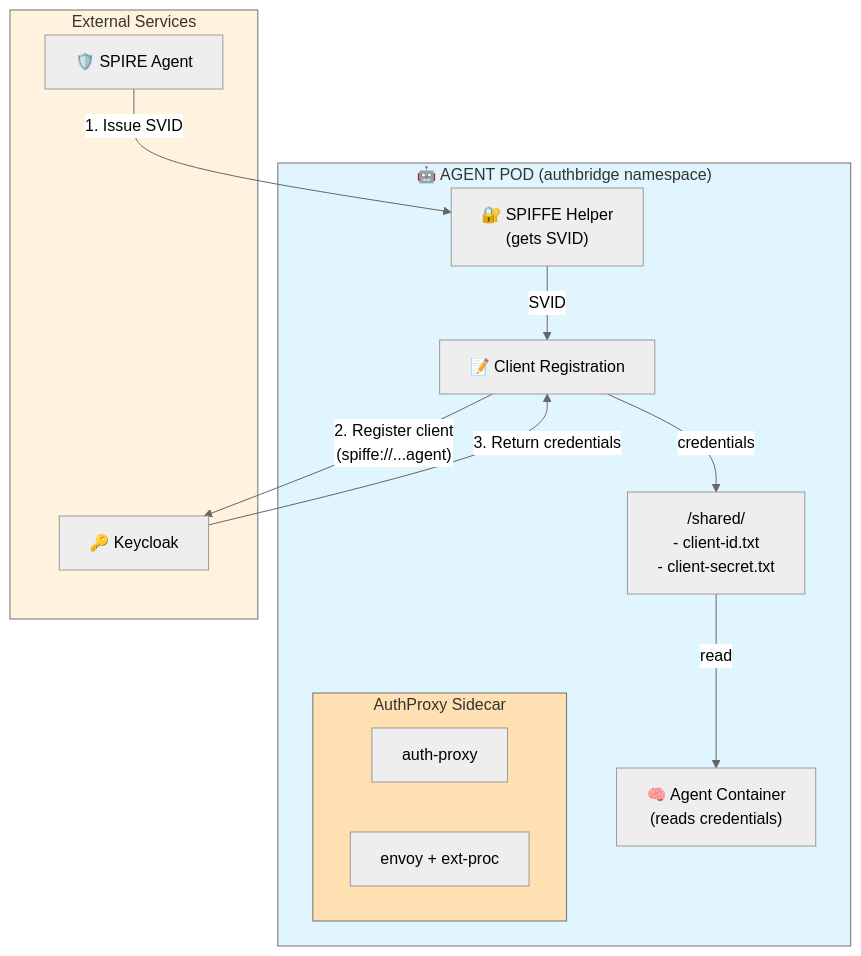
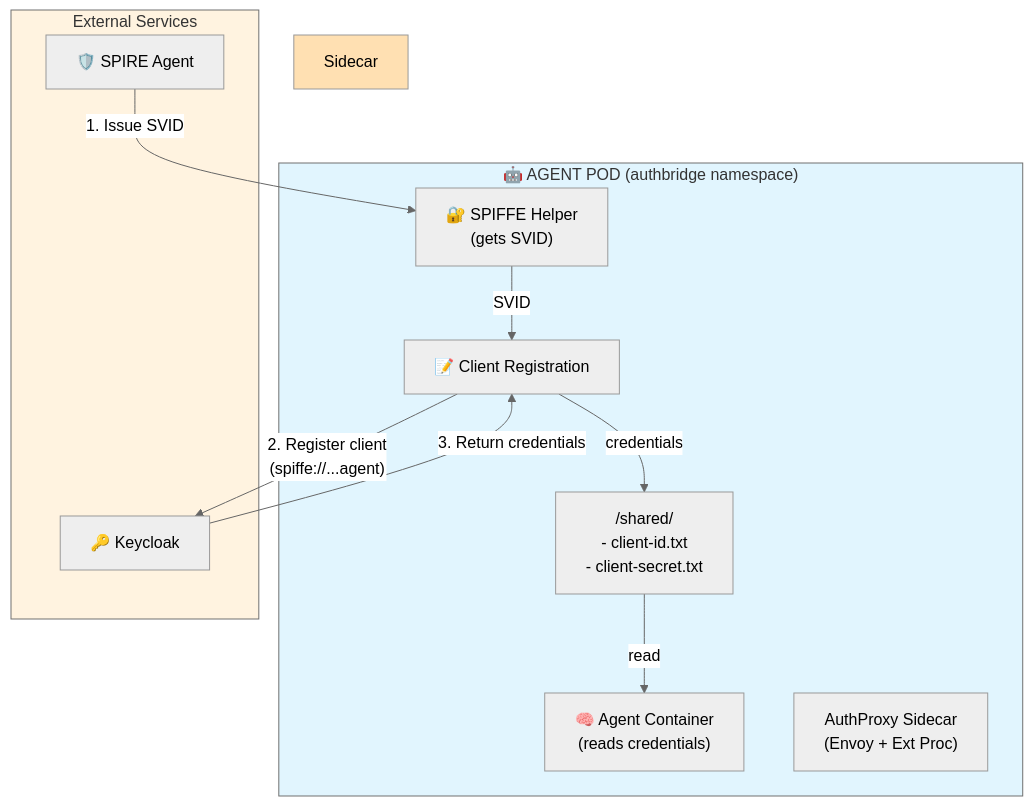
The fifth of 10 diagrams in AuthBridge/BLOG-agentic.md (mrsabath/kagenti-extensions), drawn with Mermaid (neutral theme) before and after one commit. The commit also changed other lines of this file, not shown here.

````diff
--- a/AuthBridge/BLOG-agentic.md
+++ b/AuthBridge/BLOG-agentic.md
@@ -328,30 +331,27 @@
 ```mermaid
 flowchart TB
     subgraph AgentPod["🤖 AGENT POD (authbridge namespace)"]
         Helper["🔐 SPIFFE Helper<br/>(gets SVID)"]
         Reg["📝 Client Registration"]
         Shared["/shared/<br/>- client-id.txt<br/>- client-secret.txt"]
         Agent["🧠 Agent Container<br/>(reads credentials)"]
-        subgraph Sidecar["AuthProxy Sidecar"]
-            AuthProxy["auth-proxy"]
-            Envoy["envoy + ext-proc"]
-        end
+        AuthProxy["AuthProxy Sidecar<br/>(Envoy + Ext Proc)"]
         
         Helper -->|"SVID"| Reg
         Reg -->|"credentials"| Shared
         Shared -->|"read"| Agent
     end
     
     subgraph External["External Services"]
         SPIRE["🛡️ SPIRE Agent"]
         KC["🔑 Keycloak"]
     end
     
     SPIRE -->|"1. Issue SVID"| Helper
     Reg -->|"2. Register client<br/>(spiffe://...agent)"| KC
     KC -->|"3. Return credentials"| Reg
     
     style AgentPod fill:#e1f5fe
     style External fill:#fff3e0
     style Sidecar fill:#ffe0b2
 ```
````
